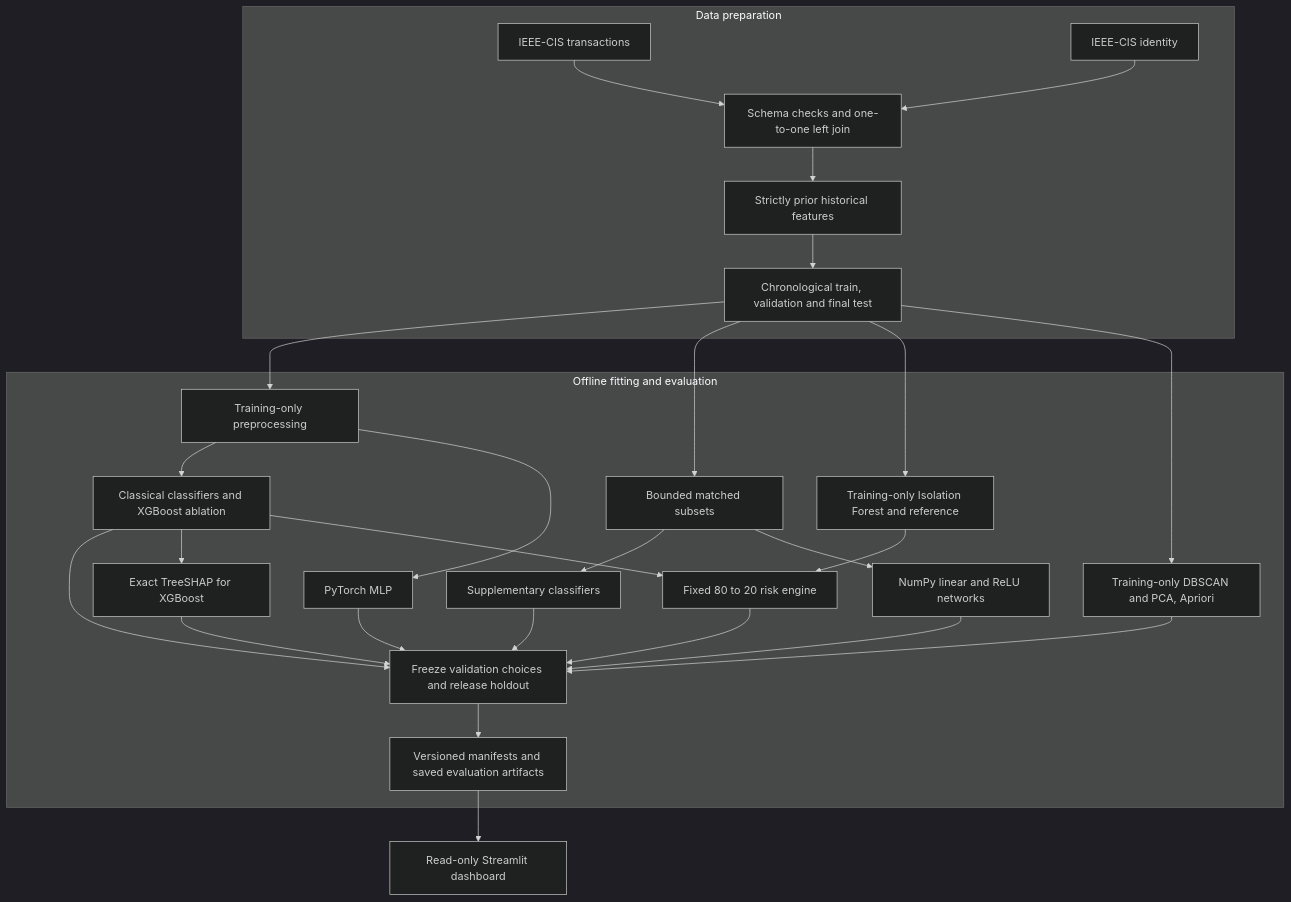
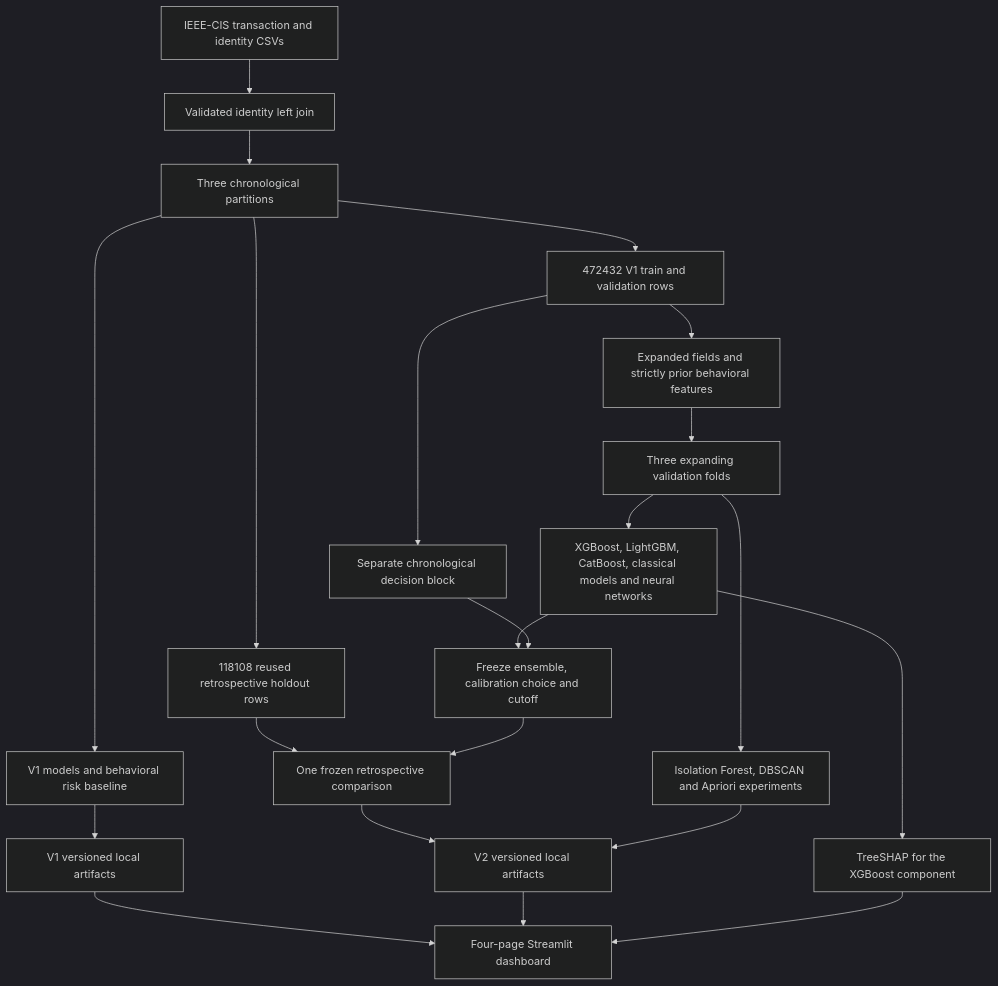
One commit to shashwatt22/fraudlens changed the diagram in README.md. Above: the diagram before and after it, drawn with Mermaid (dark theme). The commit also changed other lines of this file and 33 other files, not shown here.

````diff
--- a/README.md
+++ b/README.md
@@ -44,33 +51,24 @@
 ```mermaid
 flowchart TD
-    subgraph Data[Data preparation]
-        TX[IEEE-CIS transactions] --> JOIN[Schema checks and one-to-one left join]
-        ID[IEEE-CIS identity] --> JOIN
-        JOIN --> HIST[Strictly prior historical features]
-        HIST --> SPLIT[Chronological train, validation and final test]
-    end
-
-    subgraph Offline[Offline fitting and evaluation]
-        SPLIT --> PREP[Training-only preprocessing]
-        PREP --> CORE[Classical classifiers and XGBoost ablation]
-        PREP --> MLP[PyTorch MLP]
-        SPLIT --> LAB[Bounded matched subsets]
-        LAB --> MATCH[Supplementary classifiers]
-        LAB --> NPY[NumPy linear and ReLU networks]
-        CORE --> GATE[Freeze validation choices and release holdout]
-        MLP --> GATE
-        MATCH --> GATE
-        NPY --> GATE
-        SPLIT --> IF[Training-only Isolation Forest and reference]
-        CORE --> SHAP[Exact TreeSHAP for XGBoost]
-        IF --> RISK[Fixed 80 to 20 risk engine]
-        CORE --> RISK
-        SHAP --> GATE
-        RISK --> GATE
-        SPLIT --> PAT[Training-only DBSCAN and PCA, Apriori]
-        PAT --> GATE
-        GATE --> ART[Versioned manifests and saved evaluation artifacts]
-    end
-
-    ART --> UI[Read-only Streamlit dashboard]
+    TX[IEEE-CIS transaction and identity CSVs] --> JOIN[Validated identity left join]
+    JOIN --> SPLIT[Three chronological partitions]
+    SPLIT --> V1[V1 models and behavioral risk baseline]
+    V1 --> SAVE1[V1 versioned local artifacts]
+    SPLIT --> DEV[472432 V1 train and validation rows]
+    DEV --> FEAT[Expanded fields and strictly prior behavioral features]
+    FEAT --> FOLDS[Three expanding validation folds]
+    FOLDS --> FIT[XGBoost, LightGBM, CatBoost, classical models and neural networks]
+    FOLDS --> PAT[Isolation Forest, DBSCAN and Apriori experiments]
+    FIT --> FREEZE[Freeze ensemble, calibration choice and cutoff]
+    DEV --> POLICY[Separate chronological decision block]
+    POLICY --> FREEZE
+    SPLIT --> HOLD[118108 reused retrospective holdout rows]
+    HOLD --> EVAL[One frozen retrospective comparison]
+    FREEZE --> EVAL
+    EVAL --> SAVE2[V2 versioned local artifacts]
+    PAT --> SAVE2
+    FIT --> SHAP[TreeSHAP for the XGBoost component]
+    SAVE1 --> APP[Four-page Streamlit dashboard]
+    SAVE2 --> APP
+    SHAP --> APP
 ```
````
